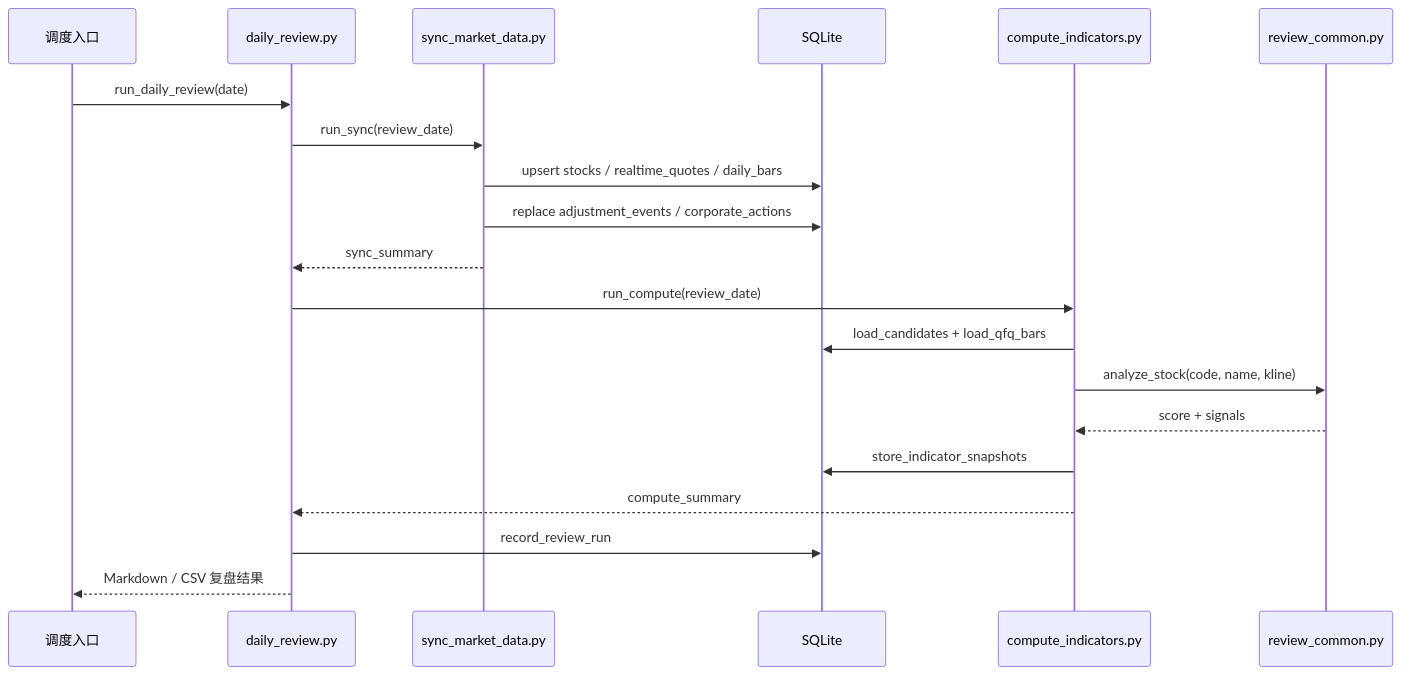
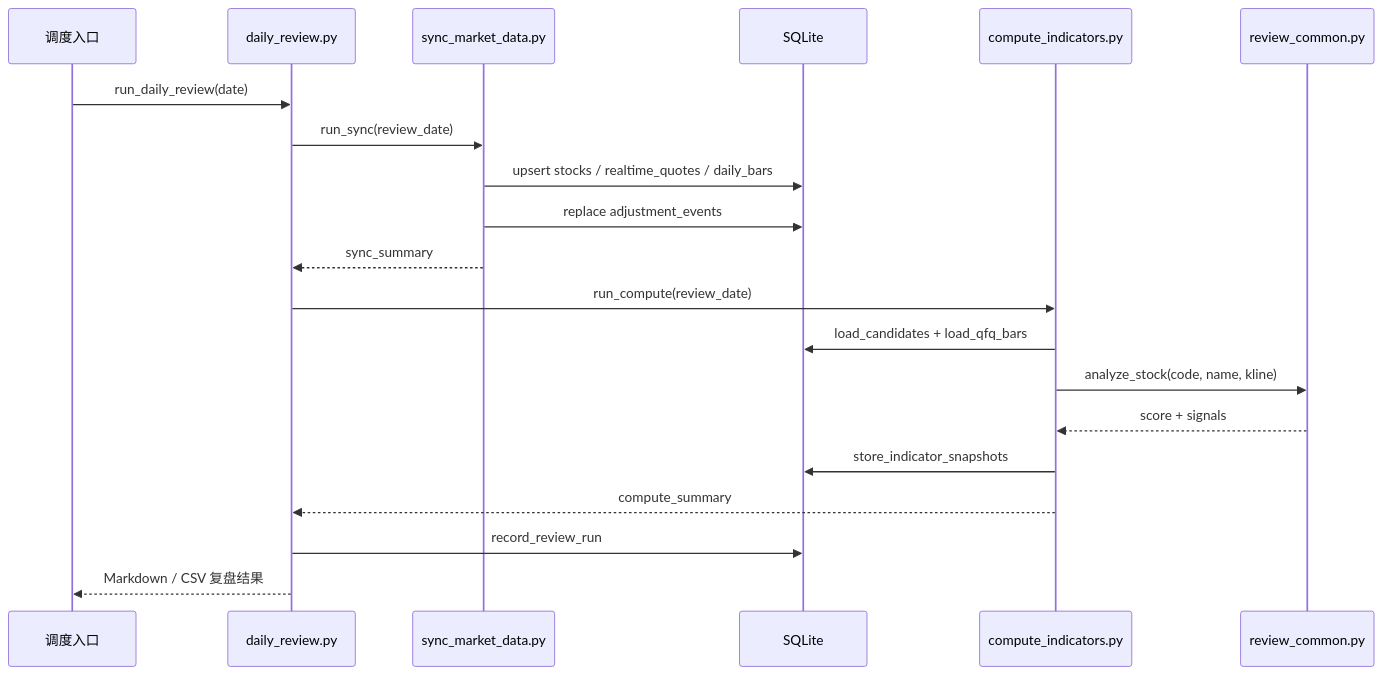
The second of 2 diagrams in stock/doc/选股策略.md (NewZsh/financeKG_spider), drawn with Mermaid before and after one commit. The commit also changed 5 other files, not shown here.

````diff
--- a/stock/doc/选股策略.md
+++ b/stock/doc/选股策略.md
@@ -191,23 +191,23 @@
 ```mermaid
 sequenceDiagram
     participant User as 调度入口
     participant Review as daily_review.py
     participant Sync as sync_market_data.py
     participant DB as SQLite
     participant Compute as compute_indicators.py
     participant Common as review_common.py
 
     User->>Review: run_daily_review(date)
     Review->>Sync: run_sync(review_date)
     Sync->>DB: upsert stocks / realtime_quotes / daily_bars
-    Sync->>DB: replace adjustment_events / corporate_actions
+    Sync->>DB: replace adjustment_events
     Sync-->>Review: sync_summary
     Review->>Compute: run_compute(review_date)
     Compute->>DB: load_candidates + load_qfq_bars
     Compute->>Common: analyze_stock(code, name, kline)
     Common-->>Compute: score + signals
     Compute->>DB: store_indicator_snapshots
     Compute-->>Review: compute_summary
     Review->>DB: record_review_run
     Review-->>User: Markdown / CSV 复盘结果
 ```
````
